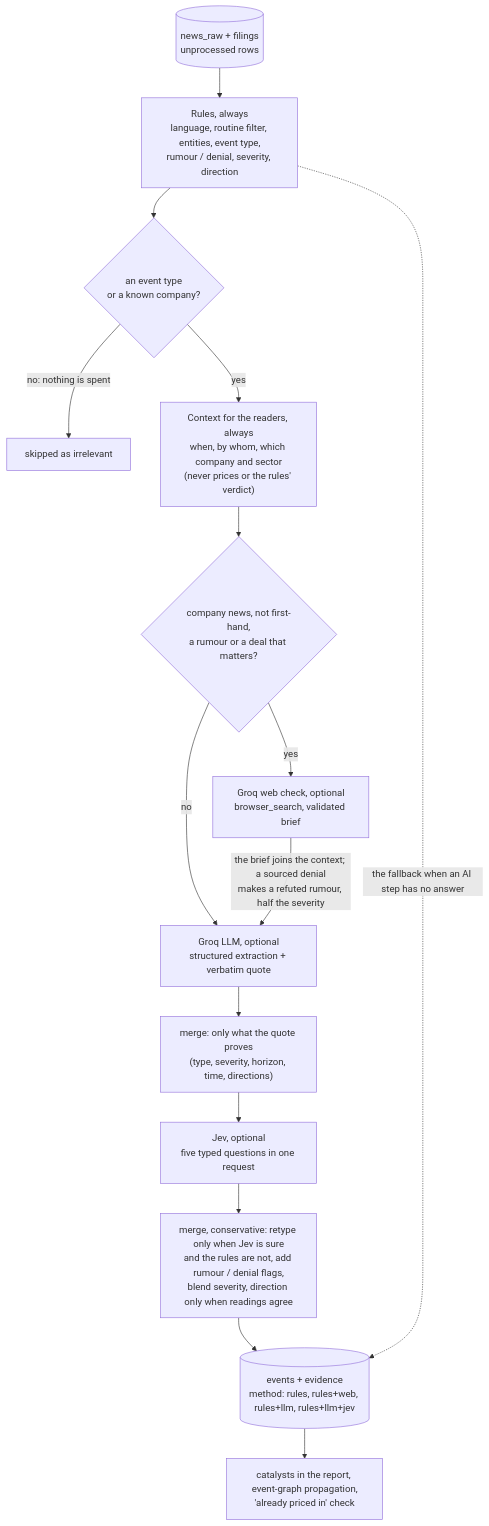
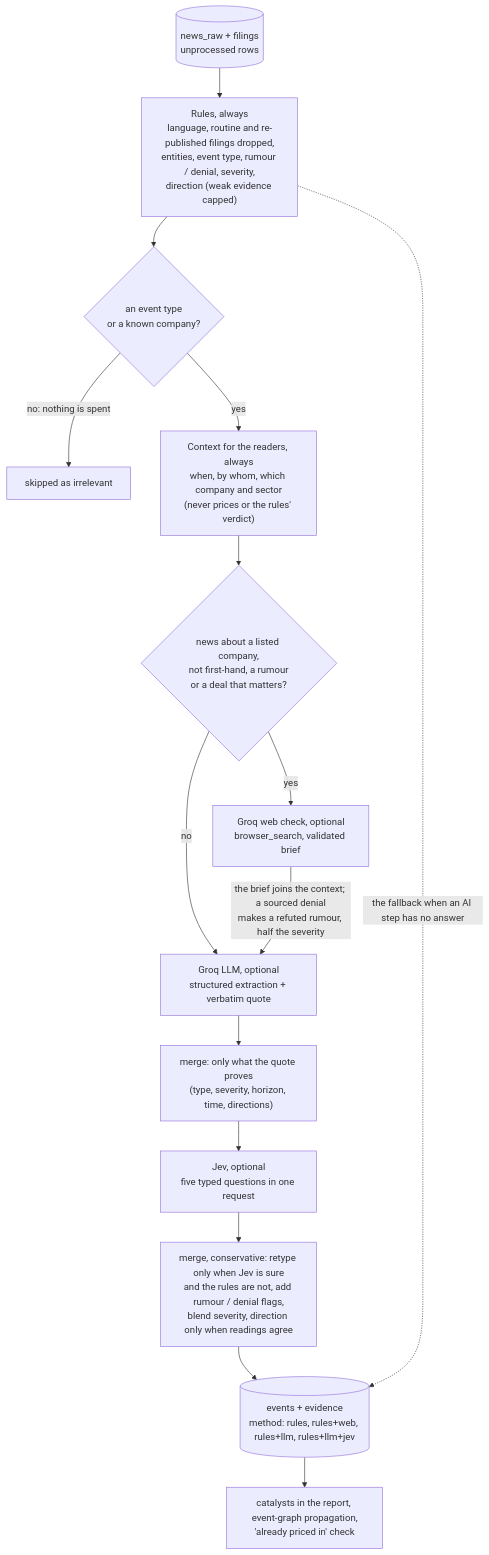
Before and after one commit to amansoni7477030/MonsterStock_AI: the seventh of 20 diagrams in MONSTER-AI/docs/ARCHITECTURE.md, drawn with Mermaid. The commit also changed other lines of this file and 9 other files, not shown here.

````diff
--- a/MONSTER-AI/docs/ARCHITECTURE.md
+++ b/MONSTER-AI/docs/ARCHITECTURE.md
@@ -259,17 +259,17 @@
 ```mermaid
 flowchart TB
-    RAW[("news_raw + filings<br/>unprocessed rows")] --> RULES["Rules, always<br/>language, routine filter, entities, event type,<br/>rumour / denial, severity, direction"]
+    RAW[("news_raw + filings<br/>unprocessed rows")] --> RULES["Rules, always<br/>language, routine and re-published filings dropped,<br/>entities, event type, rumour / denial, severity,<br/>direction (weak evidence capped)"]
     RULES --> WORTH{"an event type<br/>or a known company?"}
     WORTH -- "no: nothing is spent" --> DROP["skipped as irrelevant"]
     WORTH -- yes --> CTX["Context for the readers, always<br/>when, by whom, which company and sector<br/>(never prices or the rules' verdict)"]
-    CTX --> GATE{"company news, not first-hand,<br/>a rumour or a deal that matters?"}
+    CTX --> GATE{"news about a listed company,<br/>not first-hand, a rumour<br/>or a deal that matters?"}
     GATE -- no --> GROQ["Groq LLM, optional<br/>structured extraction + verbatim quote"]
     GATE -- yes --> WEB["Groq web check, optional<br/>browser_search, validated brief"]
     WEB -->|"the brief joins the context; a sourced denial<br/>makes a refuted rumour, half the severity"| GROQ
     GROQ --> M1["merge: only what the quote proves<br/>(type, severity, horizon, time, directions)"]
     M1 --> JEV["Jev, optional<br/>five typed questions in one request"]
     JEV --> M2["merge, conservative: retype only when Jev is sure<br/>and the rules are not, add rumour / denial flags,<br/>blend severity, direction only when readings agree"]
     M2 --> EV[("events + evidence<br/>method: rules, rules+web, rules+llm, rules+llm+jev")]
     RULES -.->|"the fallback when an AI step has no answer"| EV
     EV --> USE["catalysts in the report, event-graph propagation,<br/>'already priced in' check"]
 ```
````
